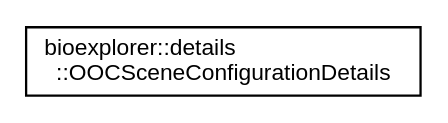
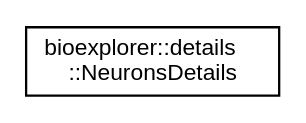
Before and after one commit to BlueBrain/BioExplorer: the diagram in docs/inherit_graph_42.dot, drawn with Graphviz. The commit also changed 256 other files, not shown here.

```diff
--- a/docs/inherit_graph_42.dot
+++ b/docs/inherit_graph_42.dot
@@ -1,8 +1,8 @@
 digraph "Graphical Class Hierarchy"
 {
  // LATEX_PDF_SIZE
   edge [fontname="Helvetica",fontsize="10",labelfontname="Helvetica",labelfontsize="10"];
   node [fontname="Helvetica",fontsize="10",shape=record];
   rankdir="LR";
-  Node0 [label="bioexplorer::details\l::OOCSceneConfigurationDetails",height=0.2,width=0.4,color="black", fillcolor="white", style="filled",URL="$d1/d25/structbioexplorer_1_1details_1_1OOCSceneConfigurationDetails.html",tooltip=" "];
+  Node0 [label="bioexplorer::details\l::NeuronsDetails",height=0.2,width=0.4,color="black", fillcolor="white", style="filled",URL="$dc/d93/structbioexplorer_1_1details_1_1NeuronsDetails.html",tooltip=" "];
 }
```
